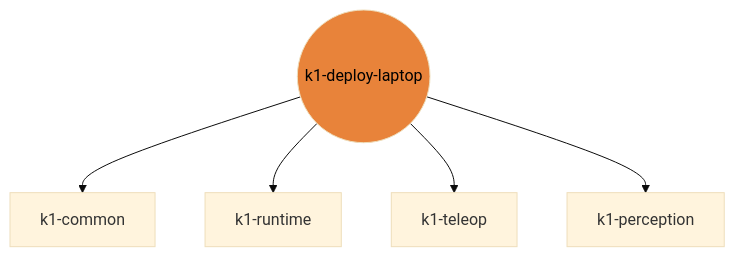
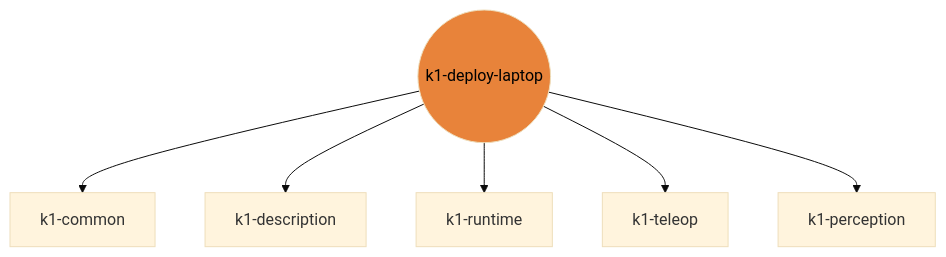
The diagram in README.md (thdhyan/k1-deploy-laptop), drawn with Mermaid (base theme) before and after one commit. The commit also changed other lines of this file, not shown here.

````diff
--- a/README.md
+++ b/README.md
@@ -14,13 +14,15 @@
 ```mermaid
 flowchart TB
   k1_common[k1-common]
+  k1_description[k1-description]
   k1_runtime[k1-runtime]
   k1_teleop[k1-teleop]
   k1_perception[k1-perception]
   k1_deploy_laptop((k1-deploy-laptop))
   style k1_deploy_laptop fill:#e8833a,color:#000
   k1_deploy_laptop --> k1_common
+  k1_deploy_laptop --> k1_description
   k1_deploy_laptop --> k1_runtime
   k1_deploy_laptop --> k1_teleop
   k1_deploy_laptop --> k1_perception
 ```
````
